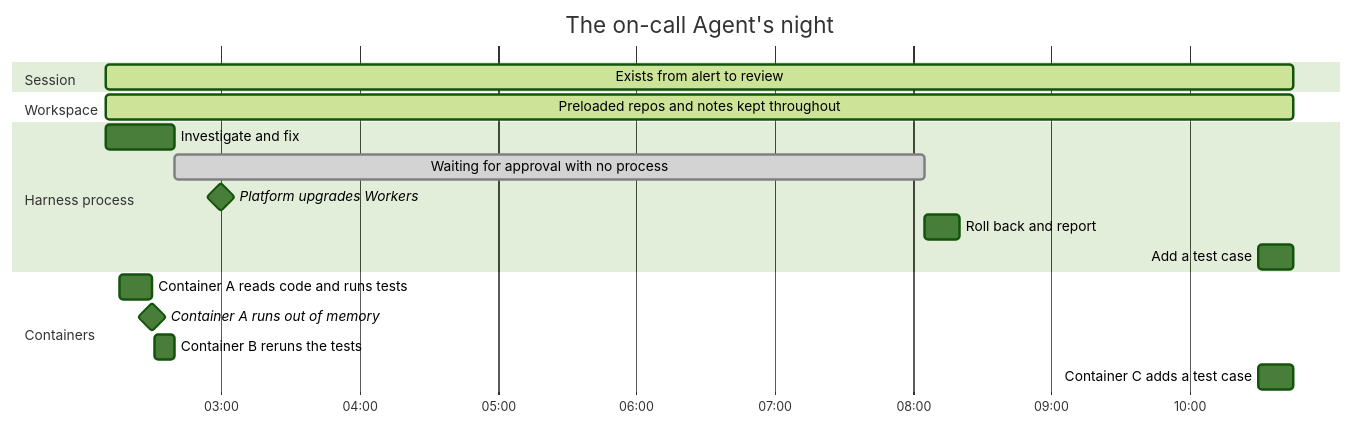
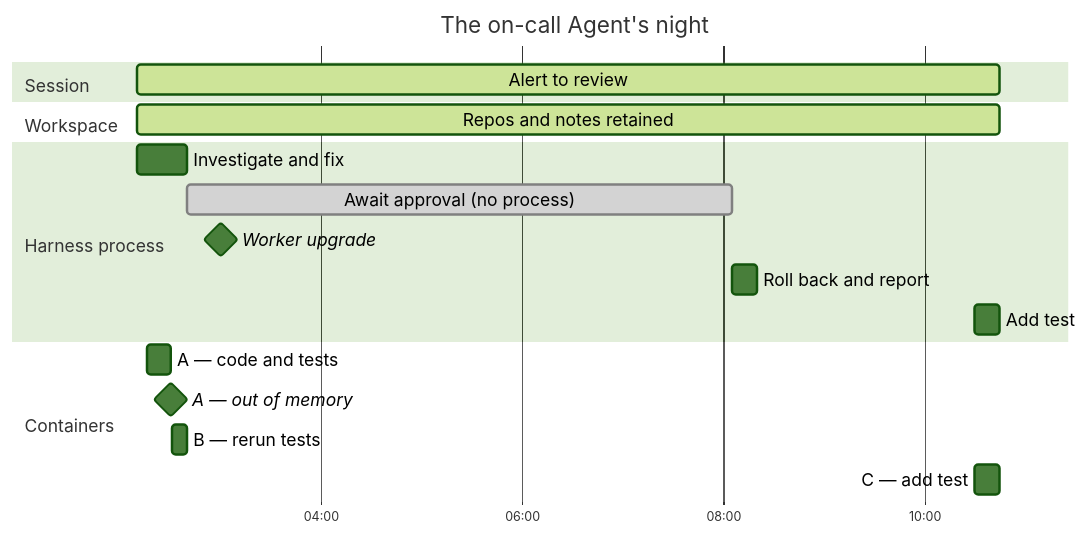
Before and after one commit to Stool233/website: the second of 3 diagrams in src/content/blog/cloud-agents-api-architecture.md, drawn with Mermaid (forest theme). The commit also changed 1 other file, not shown here.

Commit message:
fix: improve article timeline readability and diagram closing

````diff
--- a/src/content/blog/cloud-agents-api-architecture.md
+++ b/src/content/blog/cloud-agents-api-architecture.md
@@ -86,22 +86,34 @@
 ```mermaid
+---
+config:
+    gantt:
+        useWidth: 900
+        leftPadding: 100
+        rightPadding: 110
+        barHeight: 24
+        barGap: 8
+        fontSize: 14
+        sectionFontSize: 14
+---
 gantt
     title The on-call Agent's night
     dateFormat HH:mm
     axisFormat %H:%M
+    tickInterval 2hour
     todayMarker off
     section Session
-    Exists from alert to review :active, 02:10, 10:45
+    Alert to review :active, 02:10, 10:45
     section Workspace
-    Preloaded repos and notes kept throughout :active, 02:10, 10:45
+    Repos and notes retained :active, 02:10, 10:45
     section Harness process
     Investigate and fix :02:10, 02:40
-    Waiting for approval with no process :done, 02:40, 08:05
-    Platform upgrades Workers :milestone, 03:00, 0m
+    Await approval (no process) :done, 02:40, 08:05
+    Worker upgrade :milestone, 03:00, 0m
     Roll back and report :08:05, 08:20
-    Add a test case :10:30, 10:45
+    Add test :10:30, 10:45
     section Containers
-    Container A reads code and runs tests :02:16, 02:30
-    Container A runs out of memory :milestone, 02:30, 0m
-    Container B reruns the tests :02:31, 02:40
-    Container C adds a test case :10:30, 10:45
+    A — code and tests :02:16, 02:30
+    A — out of memory :milestone, 02:30, 0m
+    B — rerun tests :02:31, 02:40
+    C — add test :10:30, 10:45
 ```
````
